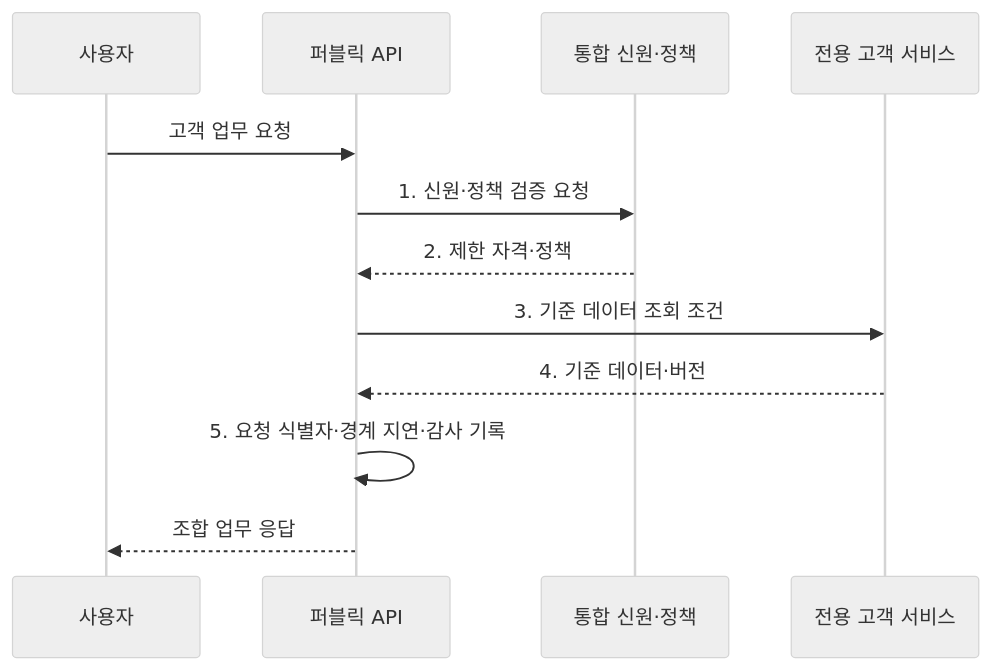
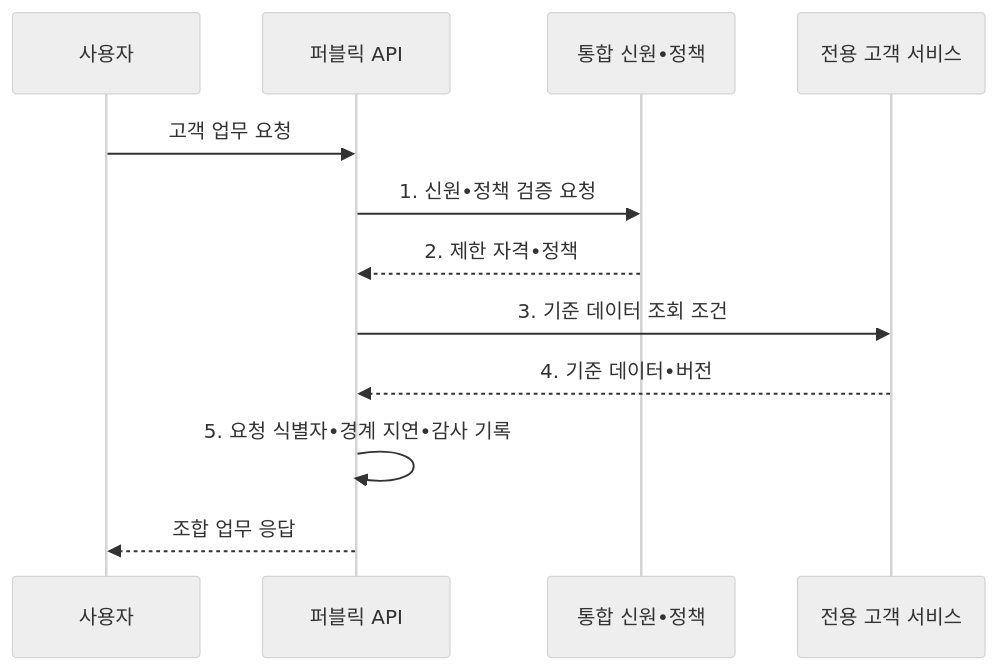
The second of 2 diagrams in src/content/docs/notes/03-software/144_hybrid_cloud.md (agnusdei1207/knowledge-base), drawn with Mermaid (neutral theme) before and after one commit. The commit also changed other lines of this file and 953 other files, not shown here.

````diff
--- a/src/content/docs/notes/03-software/144_hybrid_cloud.md
+++ b/src/content/docs/notes/03-software/144_hybrid_cloud.md
@@ -110,14 +110,14 @@
 ```mermaid
 sequenceDiagram
     participant U as 사용자
     participant P as 퍼블릭 API
-    participant I as 통합 신원·정책
+    participant I as 통합 신원•정책
     participant R as 전용 고객 서비스
     U->>P: 고객 업무 요청
-    P->>I: 1. 신원·정책 검증 요청
-    I-->>P: 2. 제한 자격·정책
+    P->>I: 1. 신원•정책 검증 요청
+    I-->>P: 2. 제한 자격•정책
     P->>R: 3. 기준 데이터 조회 조건
-    R-->>P: 4. 기준 데이터·버전
-    P->>P: 5. 요청 식별자·경계 지연·감사 기록
+    R-->>P: 4. 기준 데이터•버전
+    P->>P: 5. 요청 식별자•경계 지연•감사 기록
     P-->>U: 조합 업무 응답
 ```
````
